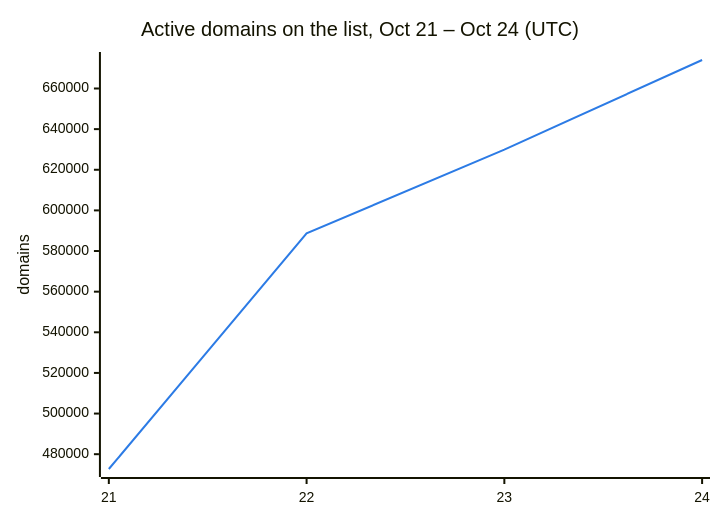
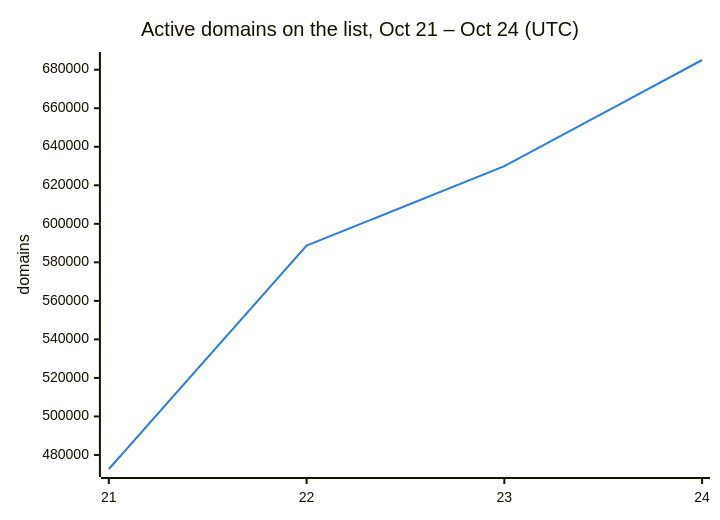
Before and after one commit to DNSBunker/CTI: the second of 3 diagrams in README.md, drawn with Mermaid. The commit also changed other lines of this file and 3 other files, not shown here.

````diff
--- a/README.md
+++ b/README.md
@@ -38,8 +38,8 @@
 ```mermaid
 %%{init: {"themeVariables": {"xyChart": {"plotColorPalette": "#2c7be5"}}}}%%
 xychart-beta
     title "Active domains on the list, Oct 21 – Oct 24 (UTC)"
     x-axis ["21", "22", "23", "24"]
     y-axis "domains"
-    line [472713, 588659, 629951, 674027]
+    line [472713, 588659, 629951, 685038]
 ```
````
